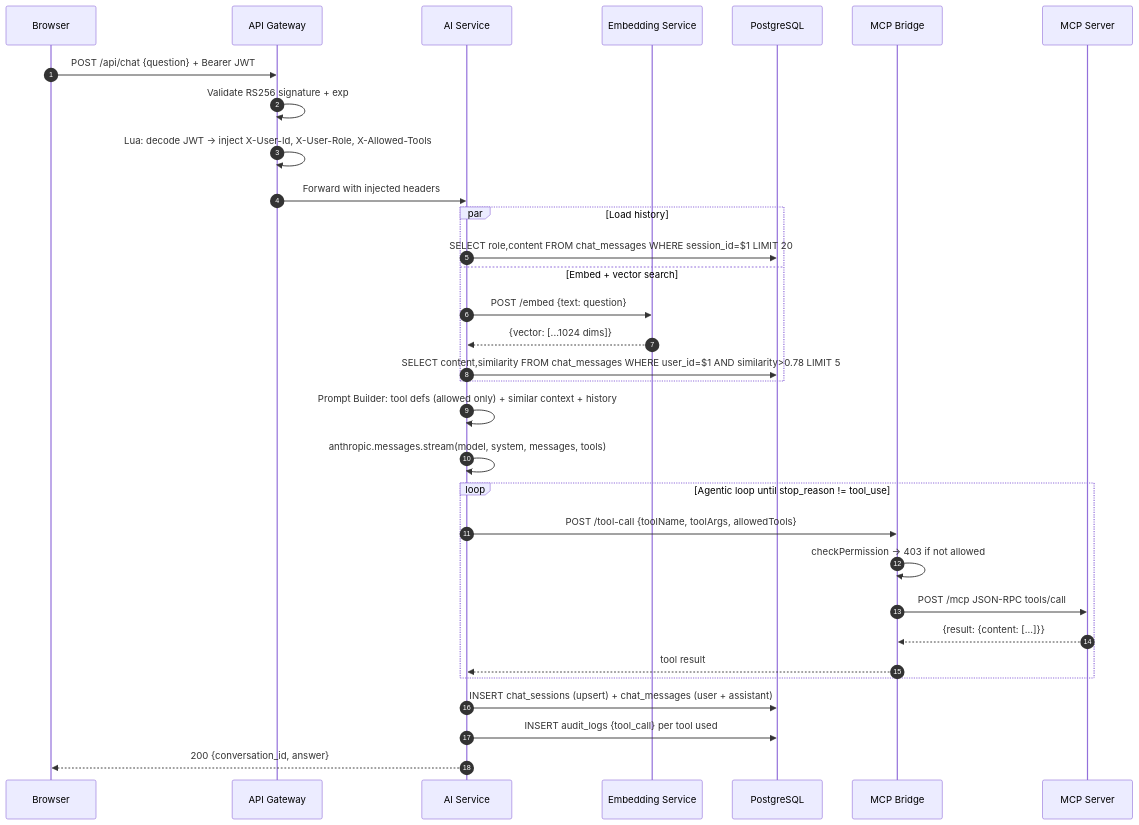
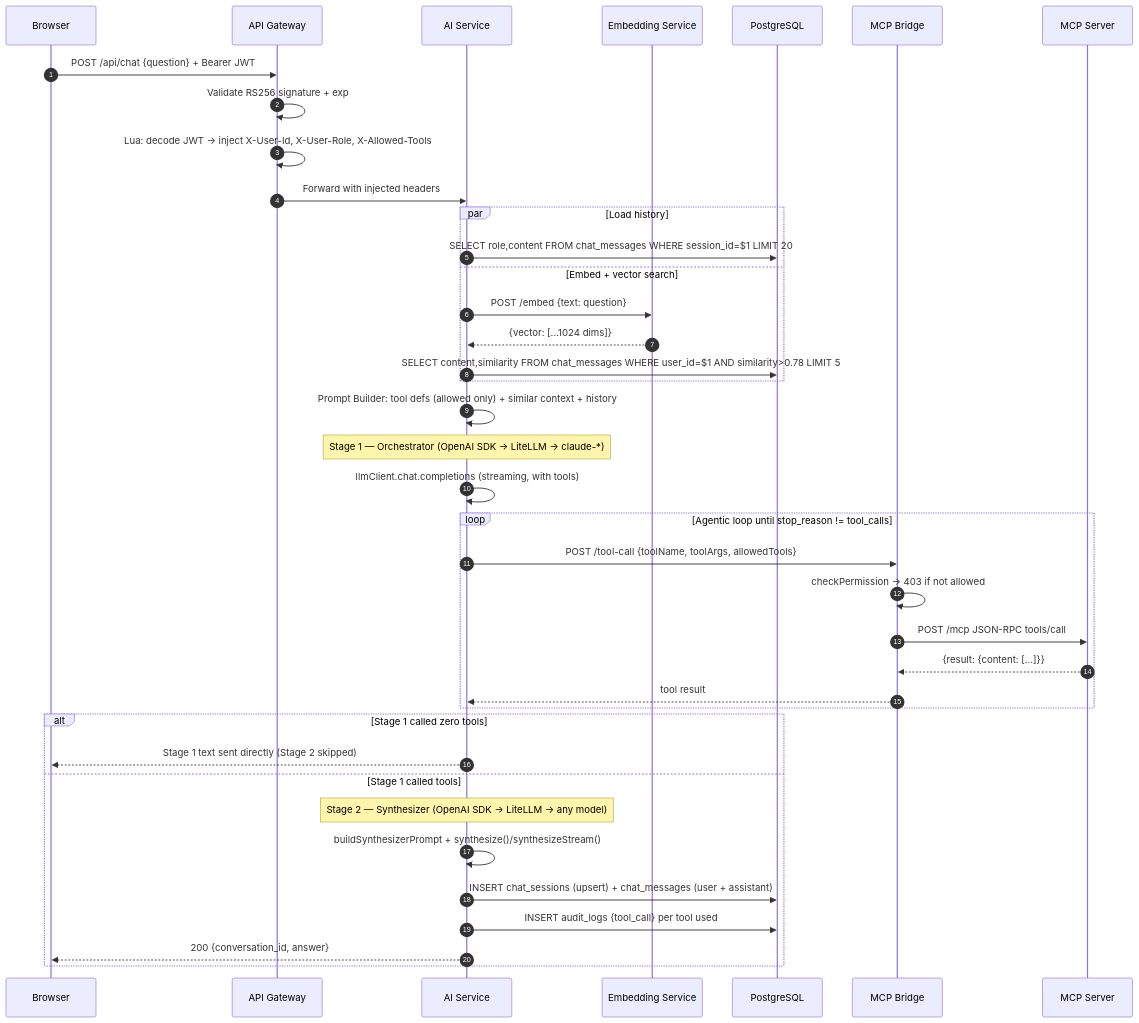
The diagram in DattoLLM-main/Chat Request Flow.md (impie0/dattobrain), drawn with Mermaid before and after one commit. The commit also changed other lines of this file and 63 other files, not shown here.

First line of the commit message:
v2.0.0 — Phase 0 security hardening + knowledge graph sync

````diff
--- a/DattoLLM-main/Chat Request Flow.md
+++ b/DattoLLM-main/Chat Request Flow.md
@@ -7,39 +16,47 @@
 ```mermaid
 sequenceDiagram
     autonumber
     participant B as Browser
     participant GW as API Gateway
     participant AI as AI Service
     participant E as Embedding Service
     participant DB as PostgreSQL
     participant BR as MCP Bridge
     participant MCP as MCP Server
 
     B->>GW: POST /api/chat {question} + Bearer JWT
     GW->>GW: Validate RS256 signature + exp
     GW->>GW: Lua: decode JWT → inject X-User-Id, X-User-Role, X-Allowed-Tools
     GW->>AI: Forward with injected headers
 
     par Load history
         AI->>DB: SELECT role,content FROM chat_messages WHERE session_id=$1 LIMIT 20
     and Embed + vector search
         AI->>E: POST /embed {text: question}
         E-->>AI: {vector: [...1024 dims]}
         AI->>DB: SELECT content,similarity FROM chat_messages WHERE user_id=$1 AND similarity>0.78 LIMIT 5
     end
 
     AI->>AI: Prompt Builder: tool defs (allowed only) + similar context + history
-    AI->>AI: anthropic.messages.stream(model, system, messages, tools)
 
-    loop Agentic loop until stop_reason != tool_use
+    note over AI: Stage 1 — Orchestrator (OpenAI SDK → LiteLLM → claude-*)
+    AI->>AI: llmClient.chat.completions (streaming, with tools)
+
+    loop Agentic loop until stop_reason != tool_calls
         AI->>BR: POST /tool-call {toolName, toolArgs, allowedTools}
         BR->>BR: checkPermission → 403 if not allowed
         BR->>MCP: POST /mcp JSON-RPC tools/call
         MCP-->>BR: {result: {content: [...]}}
         BR-->>AI: tool result
     end
 
-    AI->>DB: INSERT chat_sessions (upsert) + chat_messages (user + assistant)
-    AI->>DB: INSERT audit_logs {tool_call} per tool used
-    AI-->>B: 200 {conversation_id, answer}
+    alt Stage 1 called zero tools
+        AI-->>B: Stage 1 text sent directly (Stage 2 skipped)
+    else Stage 1 called tools
+        note over AI: Stage 2 — Synthesizer (OpenAI SDK → LiteLLM → any model)
+        AI->>AI: buildSynthesizerPrompt + synthesize()/synthesizeStream()
+        AI->>DB: INSERT chat_sessions (upsert) + chat_messages (user + assistant)
+        AI->>DB: INSERT audit_logs {tool_call} per tool used
+        AI-->>B: 200 {conversation_id, answer}
+    end
 ```
````
